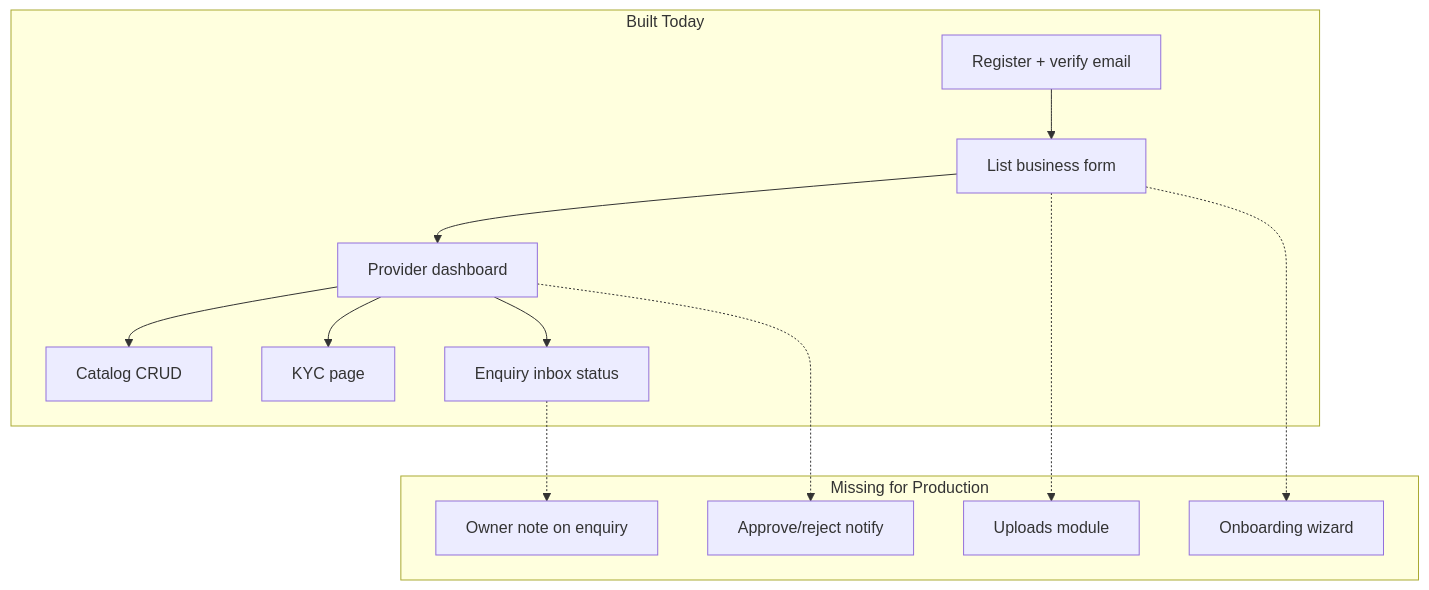
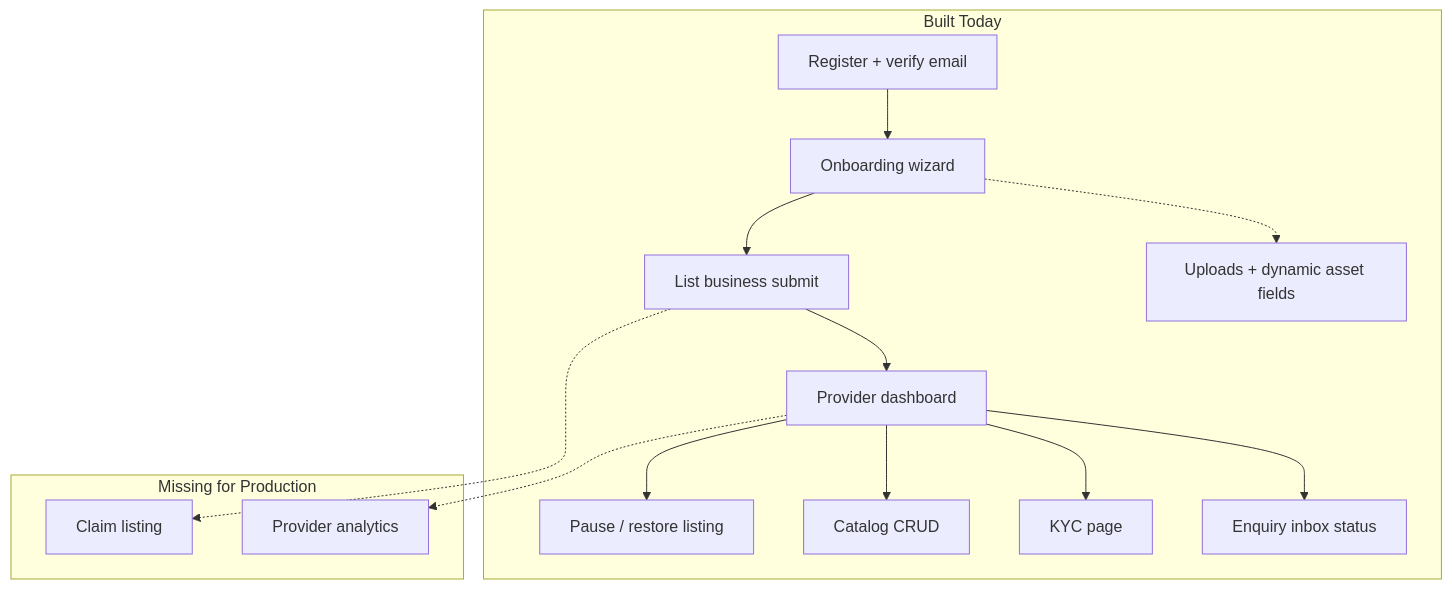
The sixth of 6 diagrams in docs/FUNCTIONAL_FLOW.md (abhijith-sys/concierge), drawn with Mermaid before and after one commit. The commit also changed other lines of this file and 22 other files, not shown here.

First line of the commit message:
Add admin platform settings, category tools, and listing wizard.

````diff
--- a/docs/FUNCTIONAL_FLOW.md
+++ b/docs/FUNCTIONAL_FLOW.md
@@ -1060,25 +1065,26 @@
 ```mermaid
 flowchart TB
   subgraph exists [Built Today]
     R[Register + verify email]
-    L[List business form]
+    W[Onboarding wizard]
+    L[List business submit]
     D[Provider dashboard]
+    P[Pause / restore listing]
     C[Catalog CRUD]
     K[KYC page]
     E[Enquiry inbox status]
+    U[Uploads + dynamic asset fields]
   end
   subgraph missing [Missing for Production]
-    U[Uploads module]
-    N[Approve/reject notify]
-    ON[Owner note on enquiry]
-    W[Onboarding wizard]
+    CL[Claim listing]
+    AN[Provider analytics]
   end
-  R --> L --> D
+  R --> W --> L --> D
+  D --> P
   D --> C
   D --> K
   D --> E
-  L -.-> U
-  D -.-> N
-  E -.-> ON
-  L -.-> W
+  W -.-> U
+  D -.-> AN
+  L -.-> CL
 ```
````
